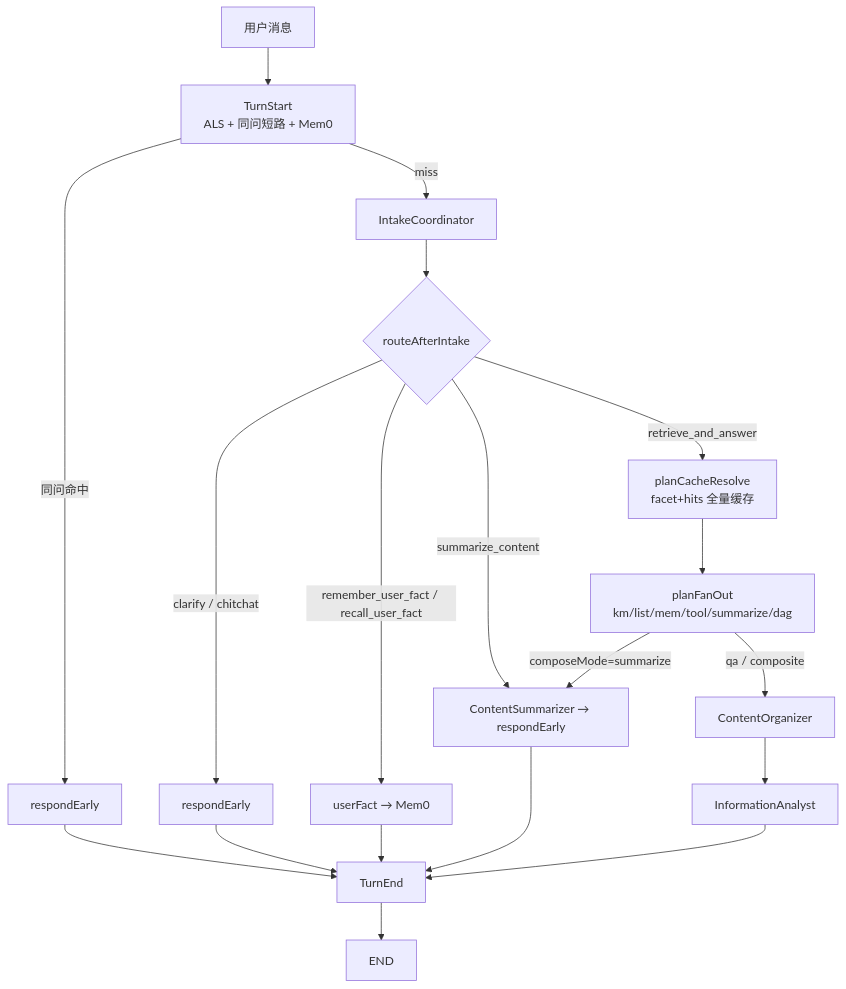
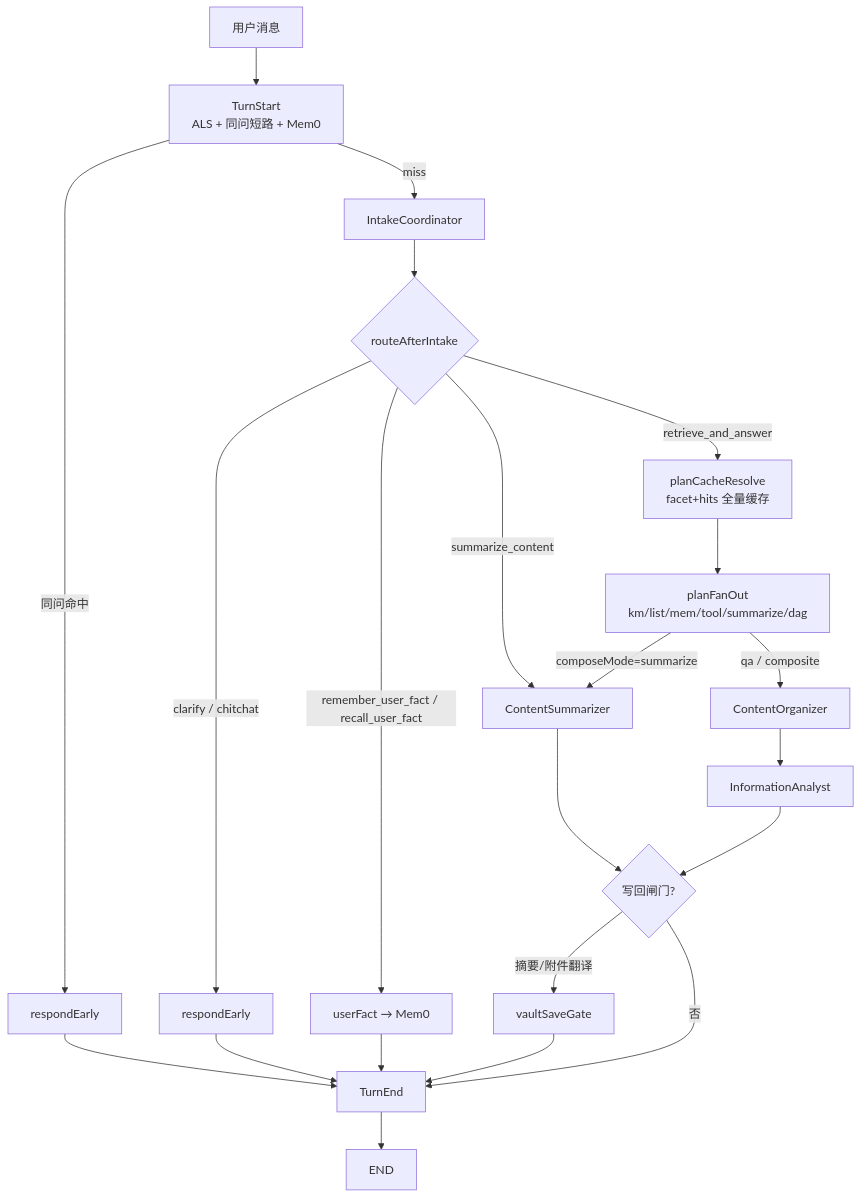
One commit to panzhanfei/agent changed the second of 12 diagrams in docs/02-agent-flows.md. Above: the diagram before and after it, drawn with Mermaid. The commit also changed other lines of this file and 42 other files, not shown here.

Commit message:
删除 图片总结入库问题 加入vaultSaveGate 门禁（人机协调）

````diff
--- a/docs/02-agent-flows.md
+++ b/docs/02-agent-flows.md
@@ -134,22 +139,25 @@
 ```mermaid
 flowchart TD
   A[用户消息] --> PT[TurnStart<br/>ALS + 同问短路 + Mem0]
   PT -->|同问命中| D0[respondEarly]
   PT -->|miss| B[IntakeCoordinator]
   B --> C{routeAfterIntake}
 
   C -->|clarify / chitchat| D[respondEarly]
   C -->|remember_user_fact / recall_user_fact| UF[userFact → Mem0]
-  C -->|summarize_content| CS[ContentSummarizer → respondEarly]
+  C -->|summarize_content| CS[ContentSummarizer]
   C -->|retrieve_and_answer| PCR[planCacheResolve<br/>facet+hits 全量缓存]
   PCR --> PE[planFanOut<br/>km/list/mem/tool/summarize/dag]
   PE -->|composeMode=summarize| CS
   PE -->|qa / composite| CO[ContentOrganizer]
   CO --> G[InformationAnalyst]
-  G --> PST[TurnEnd]
+  G --> GATE{写回闸门?}
+  CS --> GATE
+  GATE -->|摘要/附件翻译| VSG[vaultSaveGate]
+  GATE -->|否| PST[TurnEnd]
+  VSG --> PST
   D --> PST
   UF --> PST
   D0 --> PST
-  CS --> PST
   PST --> END_NODE[END]
 ```
````
